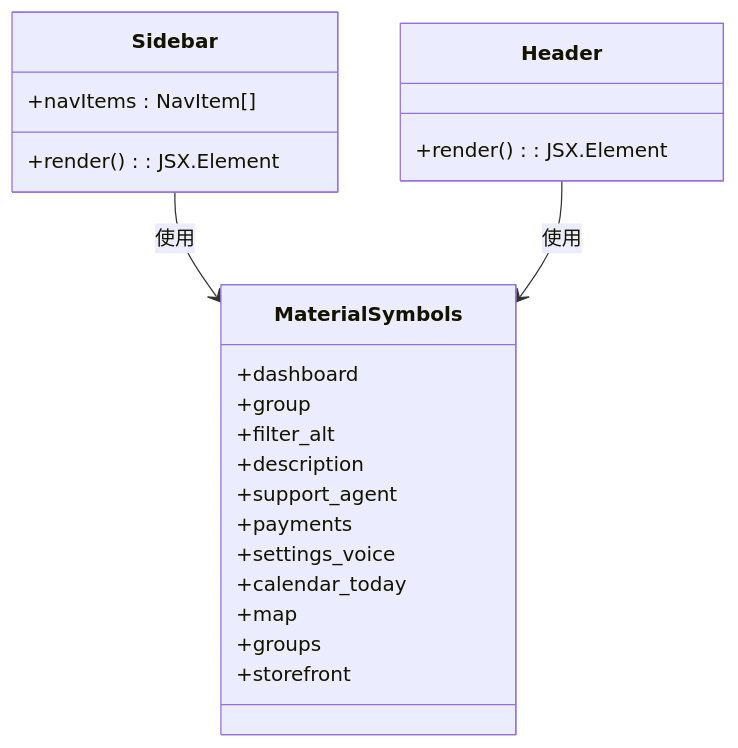
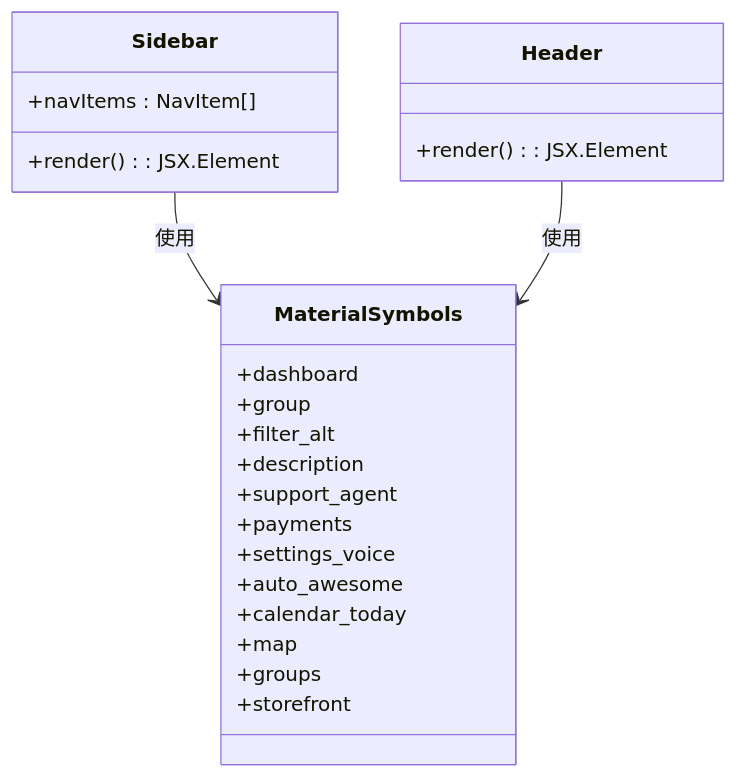
Before and after one commit to xianjianshenqu/SalesFlow-CRM: the fourth of 10 diagrams in .qoder/repowiki/zh/content/核心组件/导航组件 (Sidebar).md, drawn with Mermaid. The commit also changed other lines of this file and 36 other files, not shown here.

````diff
--- a/.qoder/repowiki/zh/content/核心组件/导航组件 (Sidebar).md
+++ b/.qoder/repowiki/zh/content/核心组件/导航组件 (Sidebar).md
@@ -253,25 +279,26 @@
 ```mermaid
 classDiagram
 class MaterialSymbols {
 +dashboard
 +group
 +filter_alt
 +description
 +support_agent
 +payments
 +settings_voice
++auto_awesome
 +calendar_today
 +map
 +groups
 +storefront
 }
 class Sidebar {
 +navItems : NavItem[]
 +render() : JSX.Element
 }
 class Header {
 +render() : JSX.Element
 }
 Sidebar --> MaterialSymbols : 使用
 Header --> MaterialSymbols : 使用
 ```
````
